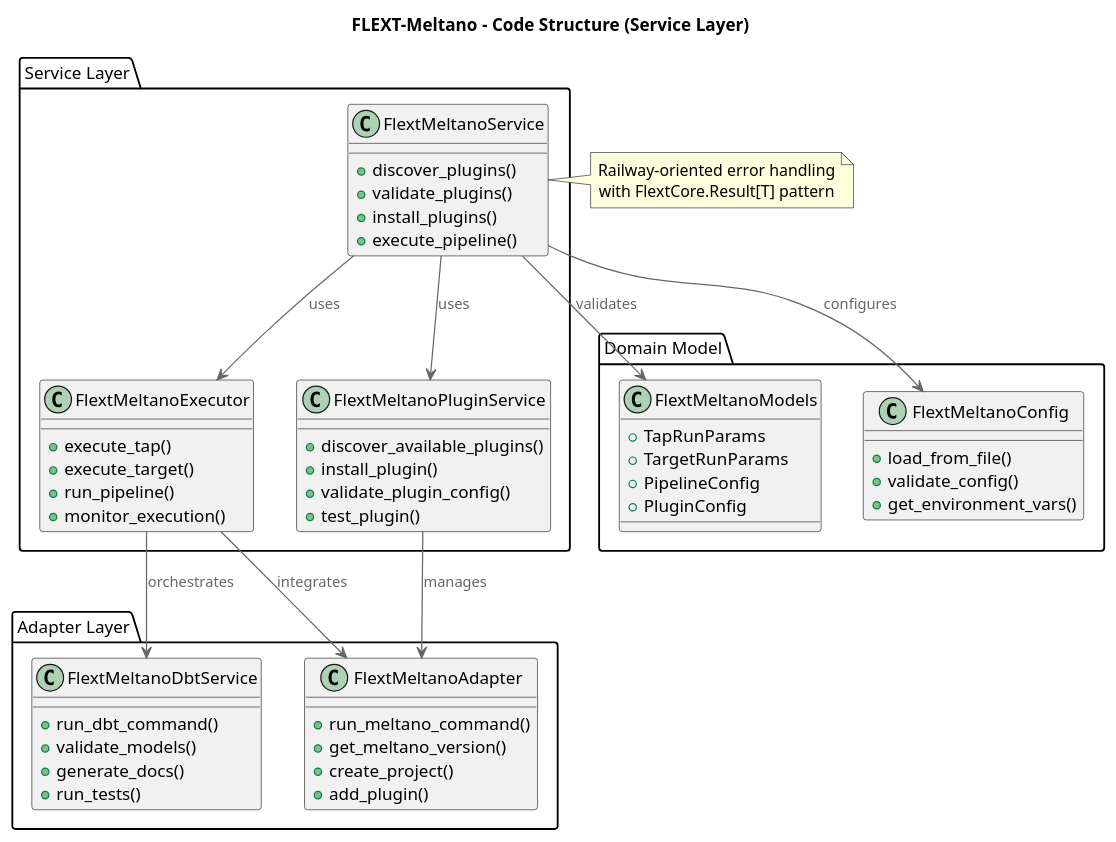
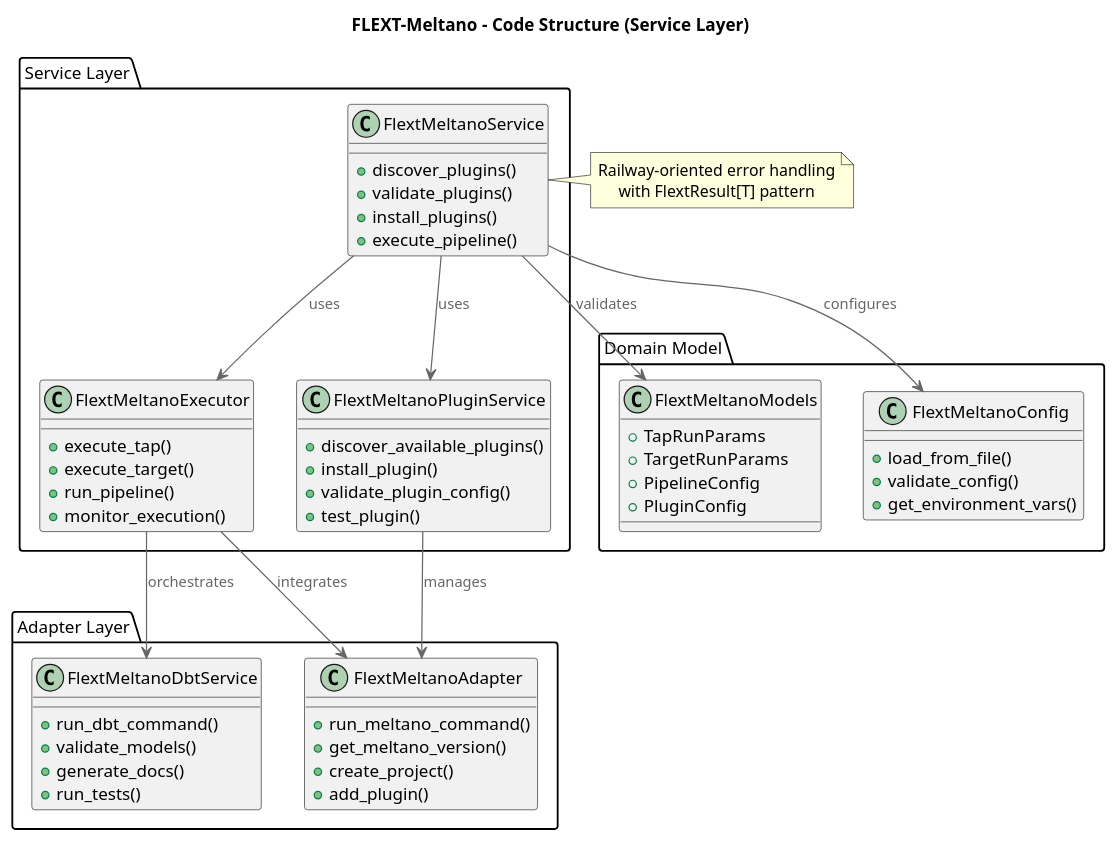
The fifth of 5 diagrams in docs/architecture/C4_MODEL.md (flext-sh/flext-meltano), drawn with PlantUML before and after one commit. The commit also changed other lines of this file and 91 other files, not shown here.

````diff
--- a/docs/architecture/C4_MODEL.md
+++ b/docs/architecture/C4_MODEL.md
@@ -227,77 +227,77 @@
 ```plantuml
 @startuml FLEXT-Meltano Code Structure
 !include https://raw.githubusercontent.com/plantuml-stdlib/C4-PlantUML/master/C4_Component.puml
 
 title FLEXT-Meltano - Code Structure (Service Layer)
 
 Package "Service Layer" as services {
     Class FlextMeltanoService {
         +discover_plugins()
         +validate_plugins()
         +install_plugins()
         +execute_pipeline()
     }
 
     Class FlextMeltanoExecutor {
         +execute_tap()
         +execute_target()
         +run_pipeline()
         +monitor_execution()
     }
 
     Class FlextMeltanoPluginService {
         +discover_available_plugins()
         +install_plugin()
         +validate_plugin_config()
         +test_plugin()
     }
 }
 
 Package "Adapter Layer" as adapters {
     Class FlextMeltanoAdapter {
         +run_meltano_command()
         +get_meltano_version()
         +create_project()
         +add_plugin()
     }
 
     Class FlextMeltanoDbtService {
         +run_dbt_command()
         +validate_models()
         +generate_docs()
         +run_tests()
     }
 }
 
 Package "Domain Model" as models {
     Class FlextMeltanoModels {
         +TapRunParams
         +TargetRunParams
         +PipelineConfig
         +PluginConfig
     }
 
     Class FlextMeltanoConfig {
         +load_from_file()
         +validate_config()
         +get_environment_vars()
     }
 }
 
 ' Relationships
 FlextMeltanoService --> FlextMeltanoExecutor : uses
 FlextMeltanoService --> FlextMeltanoPluginService : uses
 FlextMeltanoExecutor --> FlextMeltanoAdapter : integrates
 FlextMeltanoExecutor --> FlextMeltanoDbtService : orchestrates
 FlextMeltanoPluginService --> FlextMeltanoAdapter : manages
 
 FlextMeltanoService --> FlextMeltanoModels : validates
 FlextMeltanoService --> FlextMeltanoConfig : configures
 
 note right of FlextMeltanoService
     Railway-oriented error handling
-    with FlextCore.Result[T] pattern
+    with FlextResult[T] pattern
 end note
 
 @enduml
 ```
````
